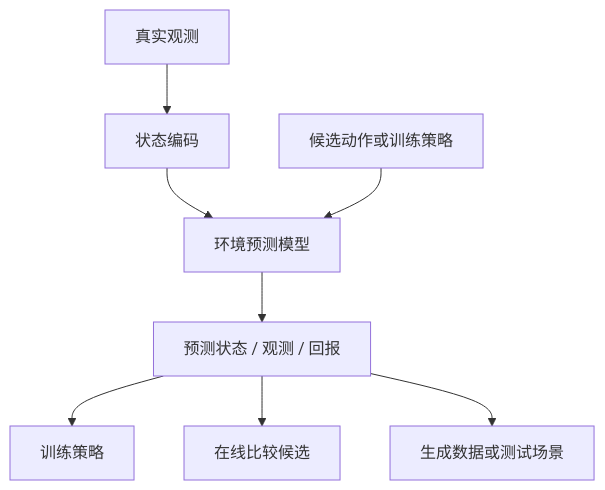
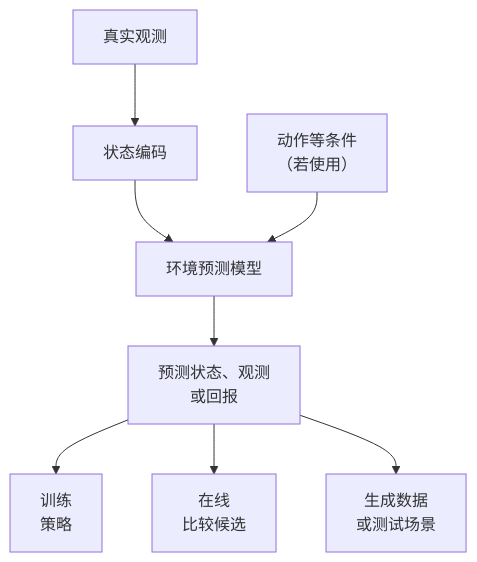
Before and after one commit to microarch-flow/wiki: the diagram in series/workload/05-world-model-and-generative/world-model-fundamentals.md, drawn with Mermaid. The commit also changed other lines of this file and 3 other files, not shown here.

Commit message:
Record Workload reconstruction checks and improve mobile diagram

````diff
--- a/series/workload/05-world-model-and-generative/world-model-fundamentals.md
+++ b/series/workload/05-world-model-and-generative/world-model-fundamentals.md
@@ -38,10 +38,10 @@
 ```mermaid
 flowchart TD
   O["真实观测"] --> E["状态编码"]
   E --> M["环境预测模型"]
-  A["候选动作或训练策略"] --> M
-  M --> Z["预测状态 / 观测 / 回报"]
-  Z --> T["训练策略"]
-  Z --> P["在线比较候选"]
-  Z --> D["生成数据或测试场景"]
+  A["动作等条件<br/>（若使用）"] --> M
+  M --> Z["预测状态、观测<br/>或回报"]
+  Z --> T["训练<br/>策略"]
+  Z --> P["在线<br/>比较候选"]
+  Z --> D["生成数据<br/>或测试场景"]
 ```
````
